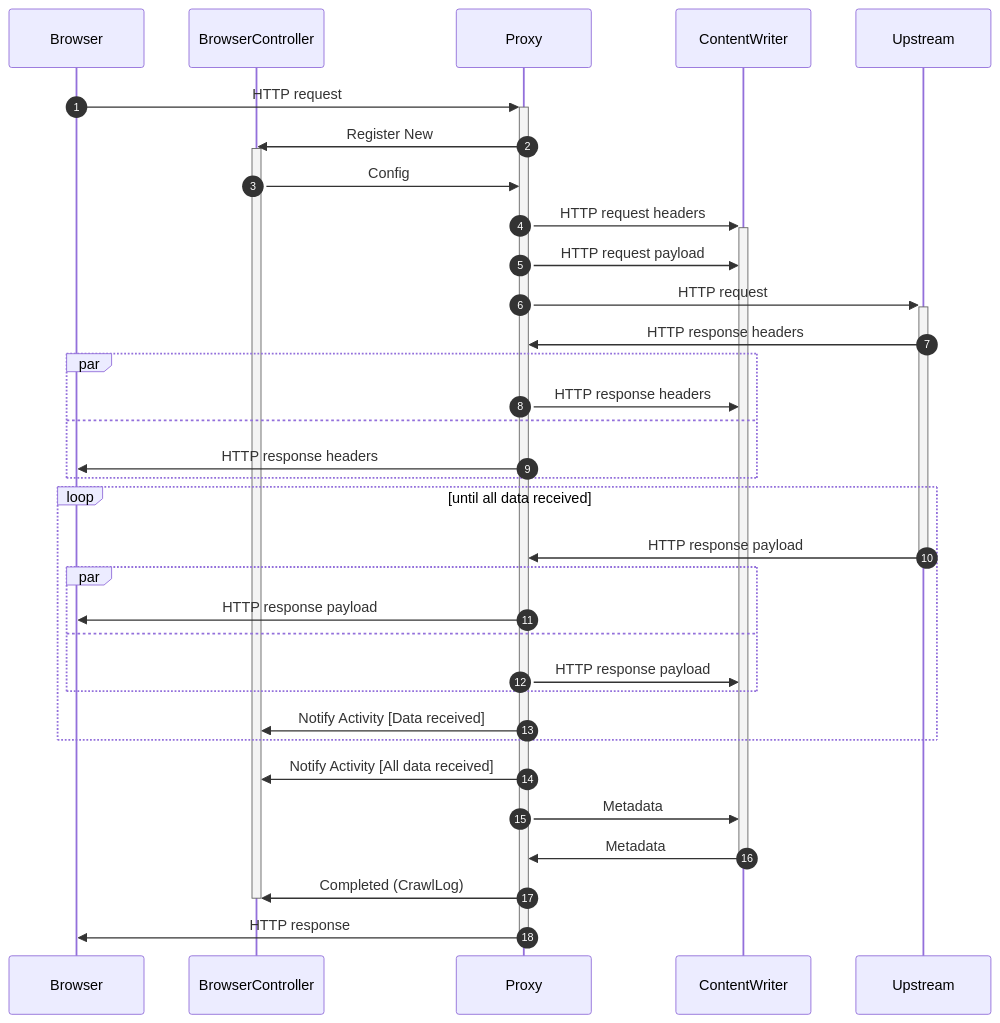
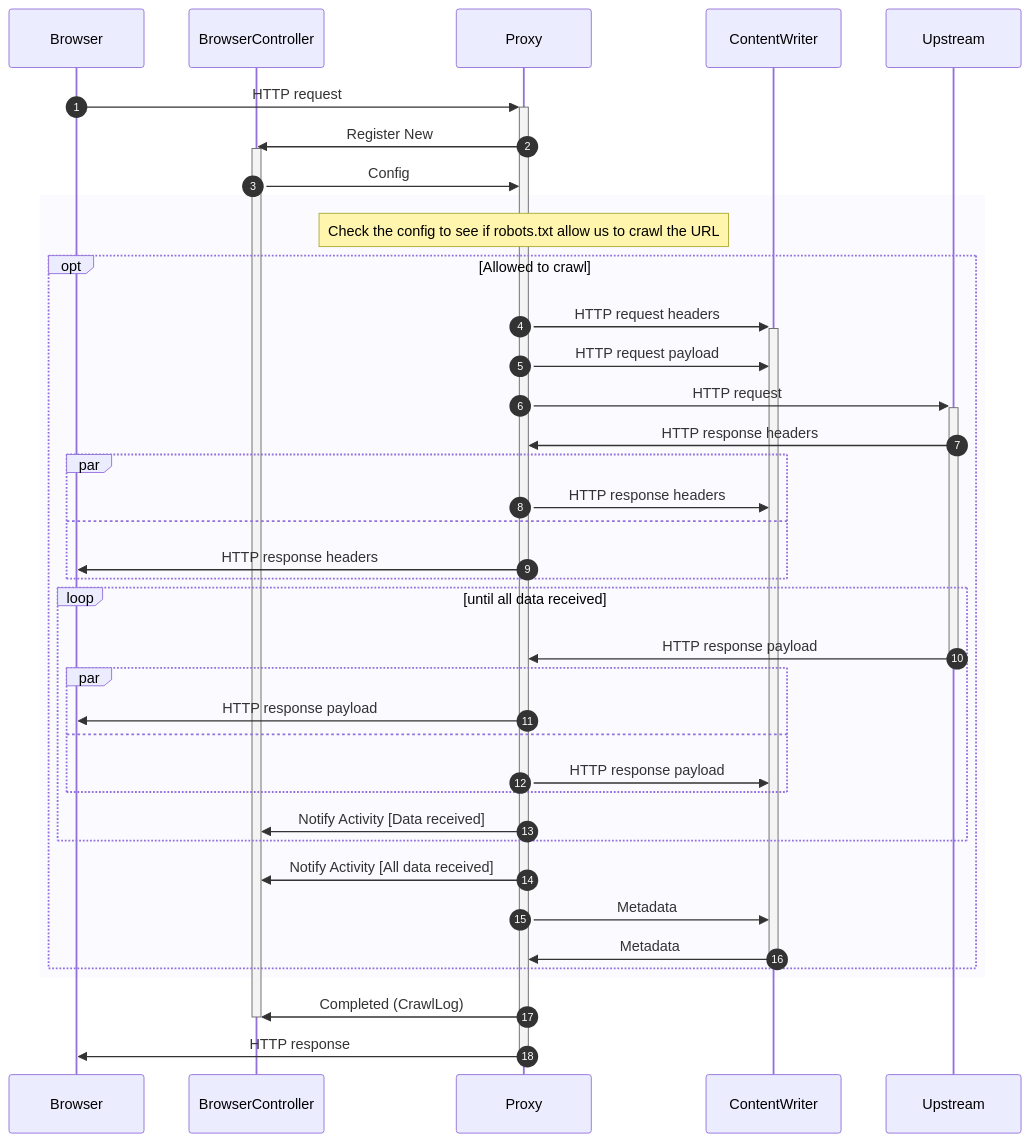
The diagram in README.md (nlnwa/veidemann-recorderproxy), drawn with Mermaid before and after one commit.

````diff
--- a/README.md
+++ b/README.md
@@ -9,37 +9,42 @@
 ```mermaid
 sequenceDiagram
     autonumber
     participant Browser
     participant BrowserController
     participant Proxy
     participant ContentWriter
     participant Upstream
     Browser->>+Proxy: HTTP request
     Proxy->>BrowserController: Register New
     activate BrowserController
     BrowserController->>Proxy: Config
-    Proxy->>+ContentWriter: HTTP request headers
-    Proxy->>ContentWriter: HTTP request payload
-    Proxy->>+Upstream: HTTP request
-    Upstream->>Proxy: HTTP response headers
-    par
-        Proxy->>ContentWriter: HTTP response headers
-    and
-        Proxy->>Browser: HTTP response headers
+    rect rgb(250,250,255)
+        Note over Proxy: Check the config to see if robots.txt allow us to crawl the URL
+        opt Allowed to crawl
+            Proxy->>+ContentWriter: HTTP request headers
+            Proxy->>ContentWriter: HTTP request payload
+            Proxy->>+Upstream: HTTP request
+            Upstream->>Proxy: HTTP response headers
+            par
+                Proxy->>ContentWriter: HTTP response headers
+            and
+                Proxy->>Browser: HTTP response headers
+            end
+            loop until all data received
+                Upstream->>-Proxy: HTTP response payload
+                par
+                    Proxy->>Browser: HTTP response payload
+                and
+                    Proxy->>ContentWriter: HTTP response payload
+                end
+                Proxy->>BrowserController: Notify Activity [Data received]
+            end
+            Proxy->>BrowserController: Notify Activity [All data received]
+            Proxy->>ContentWriter: Metadata
+            ContentWriter->>-Proxy: Metadata
+        end
     end
-    loop until all data received
-        Upstream->>-Proxy: HTTP response payload
-        par
-            Proxy->>Browser: HTTP response payload
-        and
-            Proxy->>ContentWriter: HTTP response payload
-        end
-        Proxy->>BrowserController: Notify Activity [Data received]
-    end
-    Proxy->>BrowserController: Notify Activity [All data received]
-    Proxy->>ContentWriter: Metadata
-    ContentWriter->>-Proxy: Metadata
     Proxy->>BrowserController: Completed (CrawlLog)
     deactivate BrowserController
     Proxy->>-Browser: HTTP response
 ```
````
